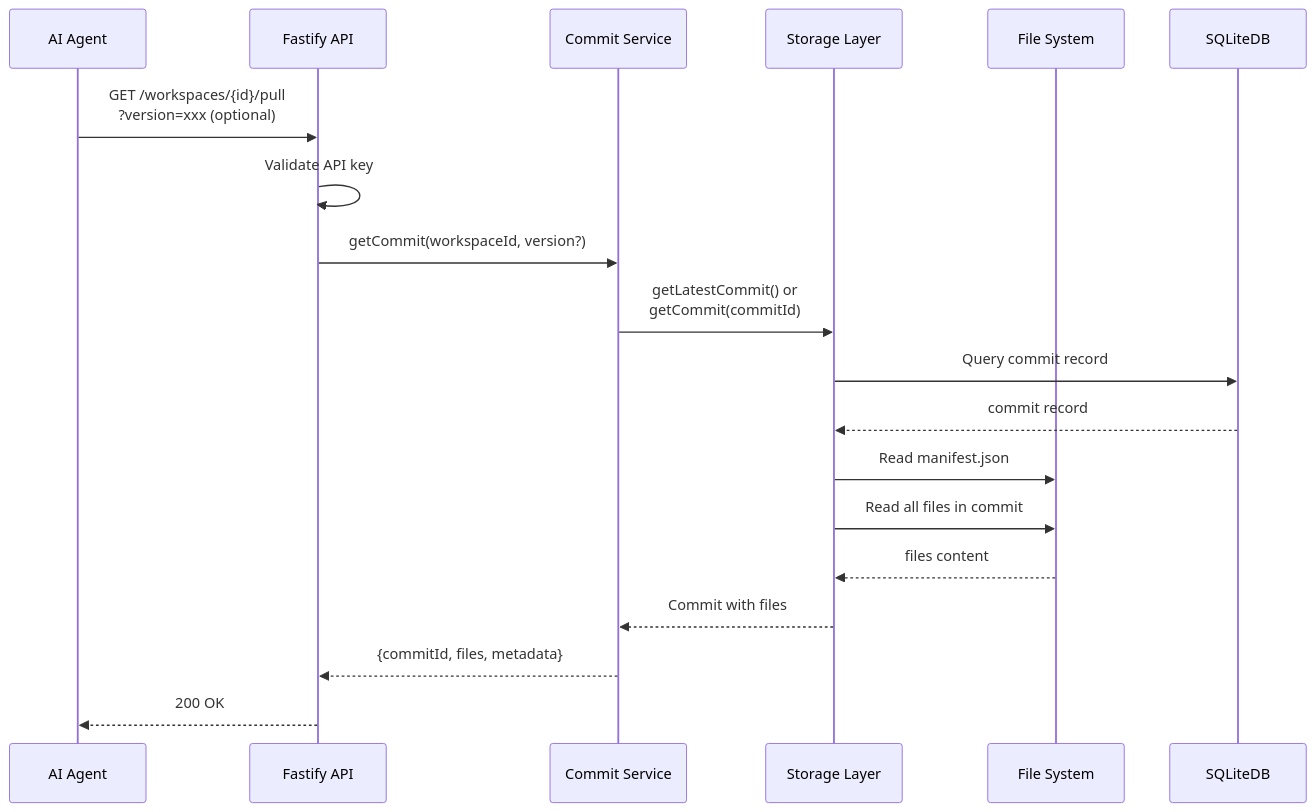
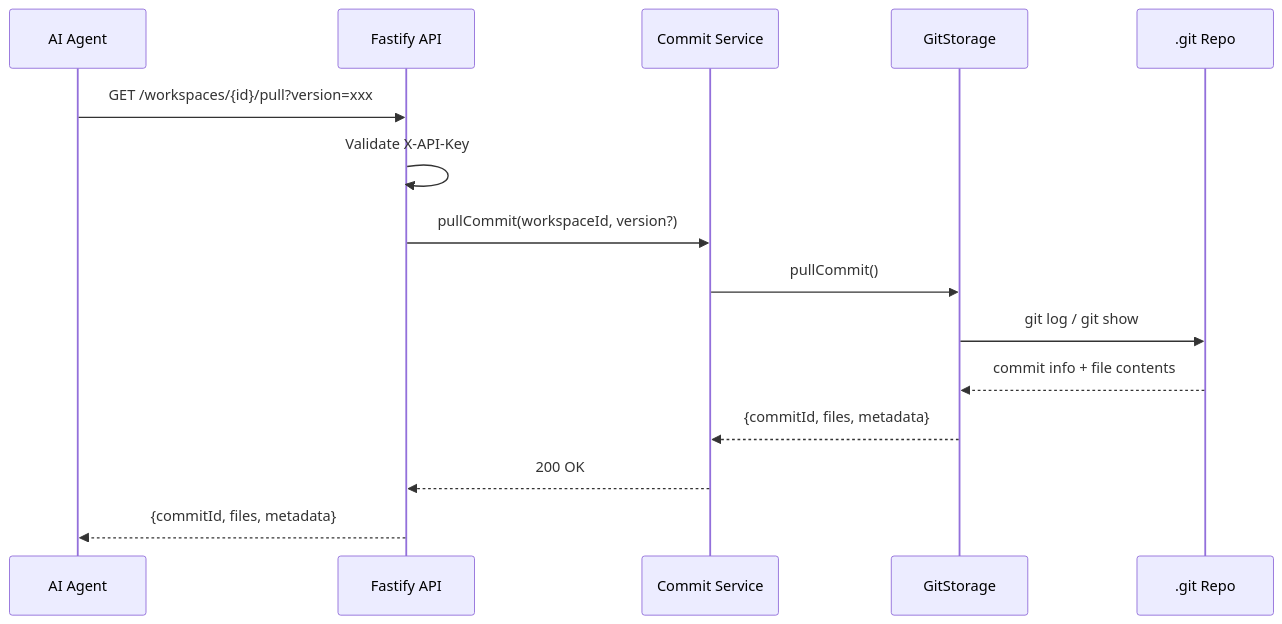
The third of 7 diagrams in docs/ARCHITECTURE.md (hwvaj12/contextvault), drawn with Mermaid before and after one commit. The commit also changed other lines of this file, not shown here.

First line of the commit message:
docs: update architecture to reflect Git-native storage

````diff
--- a/docs/ARCHITECTURE.md
+++ b/docs/ARCHITECTURE.md
@@ -91,21 +108,18 @@
 ```mermaid
 sequenceDiagram
     participant Agent as AI Agent
     participant API as Fastify API
     participant Service as Commit Service
-    participant Storage as Storage Layer
-    participant FS as File System
+    participant Git as GitStorage
+    participant GitRepo as .git Repo
 
-    Agent->>API: GET /workspaces/{id}/pull<br/>?version=xxx (optional)
-    API->>API: Validate API key
-    API->>Service: getCommit(workspaceId, version?)
-    Service->>Storage: getLatestCommit() or<br/>getCommit(commitId)
-    Storage->>SQLiteDB: Query commit record
-    SQLiteDB-->>Storage: commit record
-    Storage->>FS: Read manifest.json
-    Storage->>FS: Read all files in commit
-    FS-->>Storage: files content
-    Storage-->>Service: Commit with files
-    Service-->>API: {commitId, files, metadata}
-    API-->>Agent: 200 OK
+    Agent->>API: GET /workspaces/{id}/pull?version=xxx
+    API->>API: Validate X-API-Key
+    API->>Service: pullCommit(workspaceId, version?)
+    Service->>Git: pullCommit()
+    Git->>GitRepo: git log / git show
+    GitRepo-->>Git: commit info + file contents
+    Git-->>Service: {commitId, files, metadata}
+    Service-->>API: 200 OK
+    API-->>Agent: {commitId, files, metadata}
 ```
````
